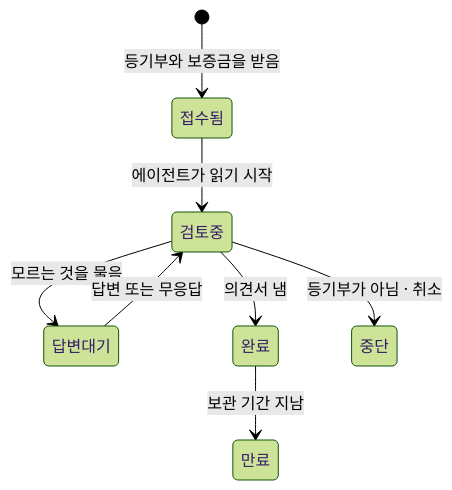
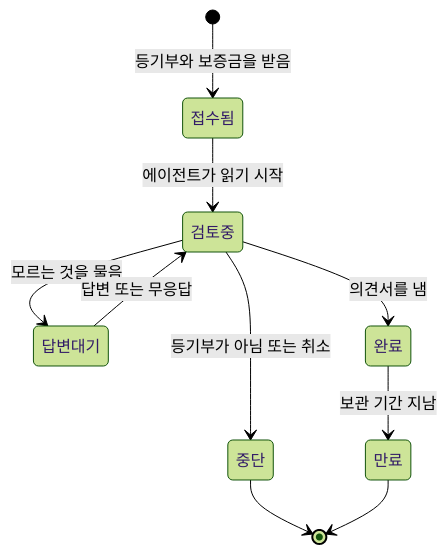
Before and after one commit to HoyoungParkme/deposit-guard: the fourth of 4 diagrams in docs/specs/06-DOM/JSD-DOM-001.md, drawn with Mermaid (forest theme). The commit also changed other lines of this file, not shown here.

First line of the commit message:
개념 모델 고침 — 상태 다이어그램 문법 오류, 속성 누락

````diff
--- a/docs/specs/06-DOM/JSD-DOM-001.md
+++ b/docs/specs/06-DOM/JSD-DOM-001.md
@@ -118,10 +282,19 @@
 ```mermaid
 stateDiagram-v2
-    [*] --> 접수됨 : 등기부와 보증금을 받음
-    접수됨 --> 검토중 : 에이전트가 읽기 시작
-    검토중 --> 답변대기 : 모르는 것을 물음
-    답변대기 --> 검토중 : 답변 또는 무응답
-    검토중 --> 완료 : 의견서 냄
-    검토중 --> 중단 : 등기부가 아님 · 취소
-    완료 --> 만료 : 보관 기간 지남
+    state "접수됨" as received
+    state "검토중" as reviewing
+    state "답변대기" as waiting
+    state "완료" as done
+    state "중단" as aborted
+    state "만료" as expired
+
+    [*] --> received : 등기부와 보증금을 받음
+    received --> reviewing : 에이전트가 읽기 시작
+    reviewing --> waiting : 모르는 것을 물음
+    waiting --> reviewing : 답변 또는 무응답
+    reviewing --> done : 의견서를 냄
+    reviewing --> aborted : 등기부가 아님 또는 취소
+    done --> expired : 보관 기간 지남
+    aborted --> [*]
+    expired --> [*]
 ```
````
